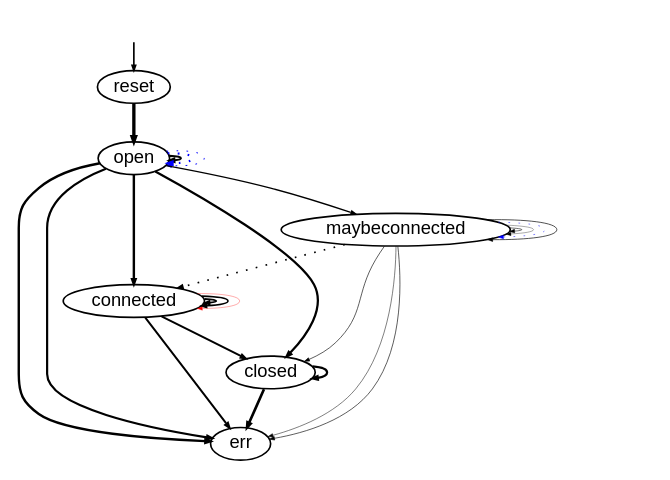
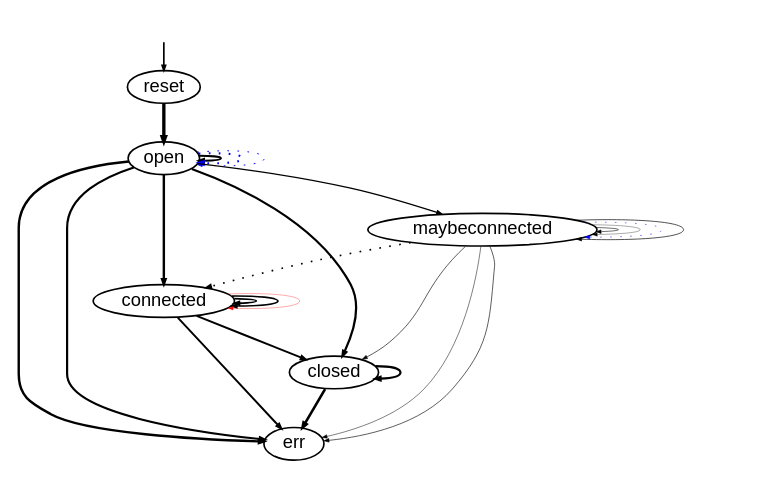
The diagram in log/nio-path-state-500.dot (cyrille-artho/modbat), drawn with Graphviz before and after one commit. The commit also changed 14 other files, not shown here.

```diff
--- a/log/nio-path-state-500.dot
+++ b/log/nio-path-state-500.dot
@@ -1,33 +1,9 @@
 digraph model {
   orientation = portrait;
-  graph [ rankdir = "TB", ranksep="0.1", nodesep="0.1" ];
+  graph [ rankdir = "TB", ranksep="0.08", nodesep="0.18" ];
   node [ fontname = "Helvetica", fontsize="11.0", shape="ellipse", margin="0.01", height="0.1", width="0.5" ];
   edge [ fontname = "Helvetica", arrowsize=".3", arrowhead="normal", fontsize="6.0", margin="0.05" ];
 None [shape=none, style=invis, width=0.1, height=0.1];
 None->reset;
 {rank = source; None}
-reset->open[penwidth="2.0043213737826426",label = " "];
-open->err[penwidth="1.4440447959180762",label = " "];
-open->open[penwidth="1.2648178230095364",label = " "];
-open->closed[penwidth="1.3463529744506386",label = " "];
-closed->err[penwidth="1.568201724066995",label = " "];
-closed->closed[penwidth="1.3424226808222062",label = " "];
-open->maybeconnected[penwidth="0.7923916894982539",label = " "];
-maybeconnected->maybeconnected[penwidth="0.3424226808222063",label = " "];
-maybeconnected->err[penwidth="0.3010299956639812",label = " "];
-maybeconnected->maybeconnected[penwidth="0.2041199826559248",label = " "];
-connected->connected[penwidth="1.0791812460476249",label = " "];
-connected->closed[penwidth="1.1583624920952498",label = " "];
-maybeconnected->maybeconnected[style=dotted, color=blue,penwidth="0.3010299956639812",label = " "];
-maybeconnected->maybeconnected[penwidth="0.414973347970818",label = " "];
-maybeconnected->connected[style=dotted];
-connected->err[penwidth="1.1931245983544616",label = " "];
-maybeconnected->closed[penwidth="0.38021124171160603",label = " "];
-maybeconnected->err[penwidth="0.38021124171160603",label = " "];
-open->open[style=dotted, color=blue,penwidth="1.255272505103306",label = " "];
-open->open[style=dotted, color=blue,penwidth="0.5797835966168101",label = " "];
-open->connected[penwidth="1.4502491083193612",label = " "];
-connected->connected[penwidth="0.9912260756924949",label = " "];
-open->err[penwidth="1.3138672203691535",label = " "];
-connected->connected[color=red,penwidth="0.2041199826559248",label = " "];
-}
+reset->open[penwidth="2.0043213737826426",label = " "];open->err[penwidth="1.4440447959180762",label = " "];open->open[penwidth="1.2648178230095364",label = " "];open->closed[penwidth="1.3463529744506386",label = " "];closed->err[penwidth="1.568201724066995",label = " "];closed->closed[penwidth="1.3424226808222062",label = " "];open->maybeconnected[penwidth="0.7923916894982539",label = " "];maybeconnected->maybeconnected[penwidth="0.3424226808222063",label = " "];maybeconnected->err[penwidth="0.3010299956639812",label = " "];maybeconnected->maybeconnected[penwidth="0.2041199826559248",label = " "];connected->connected[penwidth="1.0791812460476249",label = " "];connected->closed[penwidth="1.1583624920952498",label = " "];maybeconnected->maybeconnected[style=dotted, color=blue,penwidth="0.3010299956639812",label = " "];maybeconnected->maybeconnected[penwidth="0.414973347970818",label = " "];maybeconnected->connected[style=dotted];connected->err[penwidth="1.1931245983544616",label = " "];maybeconnected->closed[penwidth="0.38021124171160603",label = " "];maybeconnected->err[penwidth="0.38021124171160603",label = " "];open->open[style=dotted, color=blue,penwidth="1.255272505103306",label = " "];open->open[style=dotted, color=blue,penwidth="0.5797835966168101",label = " "];open->connected[penwidth="1.4502491083193612",label = " "];connected->connected[penwidth="0.9912260756924949",label = " "];open->err[penwidth="1.3138672203691535",label = " "];connected->connected[color=red,penwidth="0.2041199826559248",label = " "];}
```
